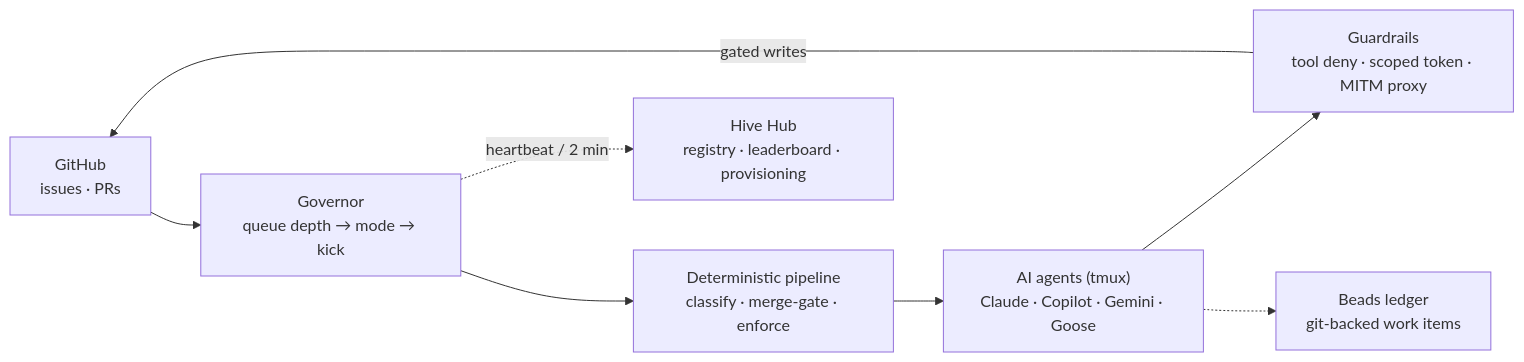
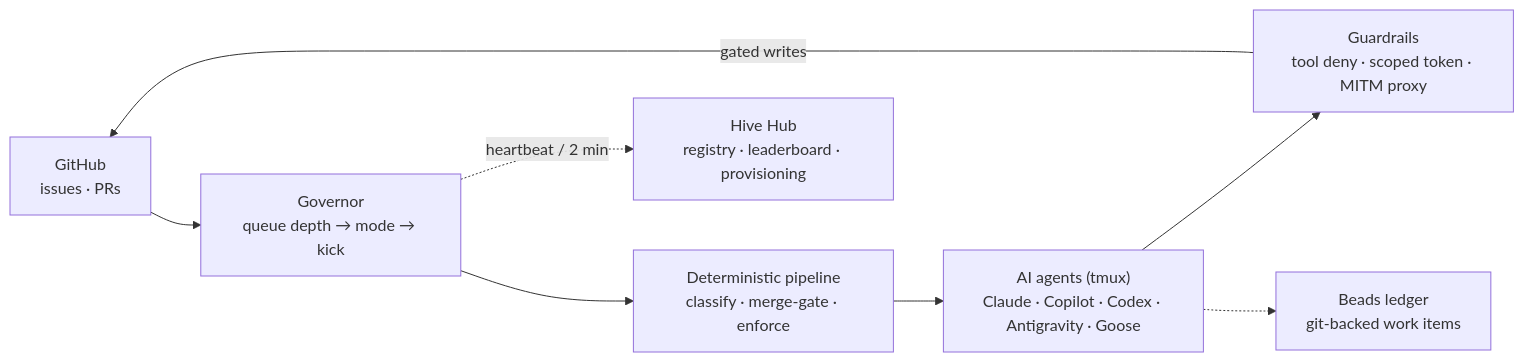
Before and after one commit to hivecommons/hive: the diagram in src/docs/cncf-reference-architecture.md, drawn with Mermaid. The commit also changed 9 other files, not shown here.

First line of the commit message:
📖 docs: sweep remaining prose agent-CLI lists for Codex/Antigravity

````diff
--- a/src/docs/cncf-reference-architecture.md
+++ b/src/docs/cncf-reference-architecture.md
@@ -142,10 +142,10 @@
 ```mermaid
 flowchart LR
     github["GitHub<br/>issues · PRs"] --> gov["Governor<br/>queue depth → mode → kick"]
     gov --> pipe["Deterministic pipeline<br/>classify · merge-gate · enforce"]
-    pipe --> agents["AI agents (tmux)<br/>Claude · Copilot · Gemini · Goose"]
+    pipe --> agents["AI agents (tmux)<br/>Claude · Copilot · Codex · Antigravity · Goose"]
     agents --> guard["Guardrails<br/>tool deny · scoped token · MITM proxy"]
     guard -->|"gated writes"| github
     agents -.-> beads["Beads ledger<br/>git-backed work items"]
     gov -.->|"heartbeat / 2 min"| hub["Hive Hub<br/>registry · leaderboard · provisioning"]
 ```
````
